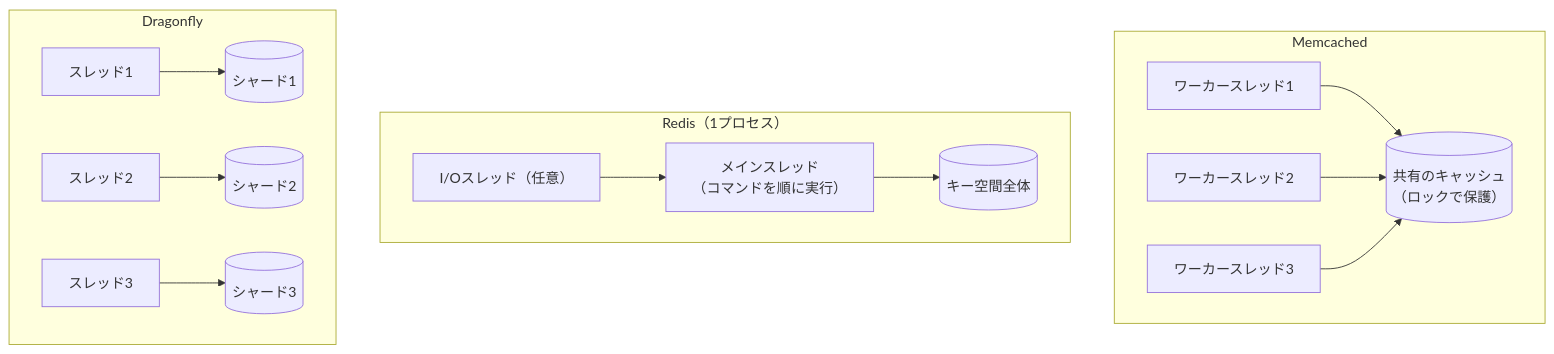
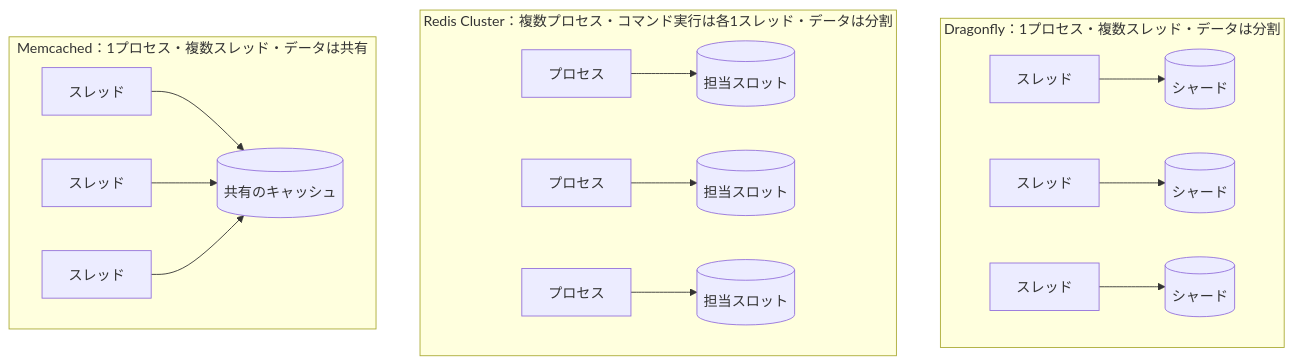
The fifth of 5 diagrams in content/ja/posts/redis-memcached-dragonfly-architecture.md (bmf-san/bmf-tech), drawn with Mermaid before and after one commit. The commit also changed other lines of this file and 1 other file, not shown here.

Commit message:
docs: Redis・Memcached・Dragonfly記事にプロセス・スレッド・コアの構成図を追加

````diff
--- a/content/ja/posts/redis-memcached-dragonfly-architecture.md
+++ b/content/ja/posts/redis-memcached-dragonfly-architecture.md
@@ -76,17 +173,21 @@
 ```mermaid
 flowchart TB
-    subgraph MC["Memcached"]
-        MW1["ワーカースレッド1"] --> MH[("共有のキャッシュ<br/>（ロックで保護）")]
-        MW2["ワーカースレッド2"] --> MH
-        MW3["ワーカースレッド3"] --> MH
+    subgraph DF["Dragonfly：1プロセス・複数スレッド・データは分割"]
+        direction LR
+        DT1["スレッド"] --> DD1[("シャード")]
+        DT2["スレッド"] --> DD2[("シャード")]
+        DT3["スレッド"] --> DD3[("シャード")]
     end
-    subgraph RD["Redis（1プロセス）"]
-        RIO["I/Oスレッド（任意）"] --> RM["メインスレッド<br/>（コマンドを順に実行）"]
-        RM --> RH[("キー空間全体")]
+    subgraph RC["Redis Cluster：複数プロセス・コマンド実行は各1スレッド・データは分割"]
+        direction LR
+        RP1["プロセス"] --> RD1[("担当スロット")]
+        RP2["プロセス"] --> RD2[("担当スロット")]
+        RP3["プロセス"] --> RD3[("担当スロット")]
     end
-    subgraph DF["Dragonfly"]
-        DT1["スレッド1"] --> DS1[("シャード1")]
-        DT2["スレッド2"] --> DS2[("シャード2")]
-        DT3["スレッド3"] --> DS3[("シャード3")]
+    subgraph MC["Memcached：1プロセス・複数スレッド・データは共有"]
+        direction LR
+        MT1["スレッド"] --> MD[("共有のキャッシュ")]
+        MT2["スレッド"] --> MD
+        MT3["スレッド"] --> MD
     end
 ```
````
